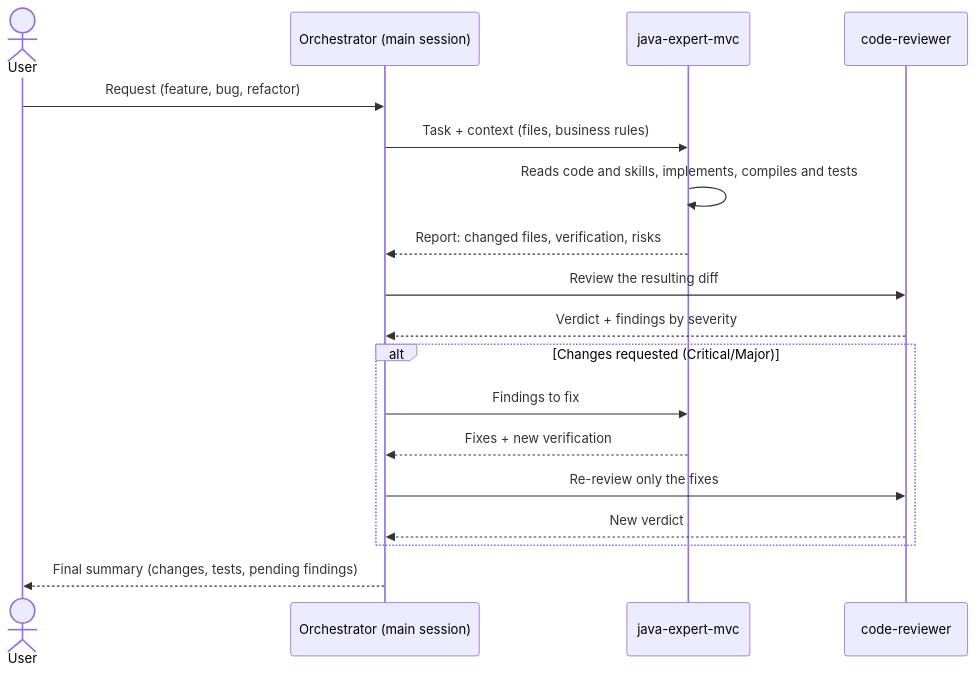
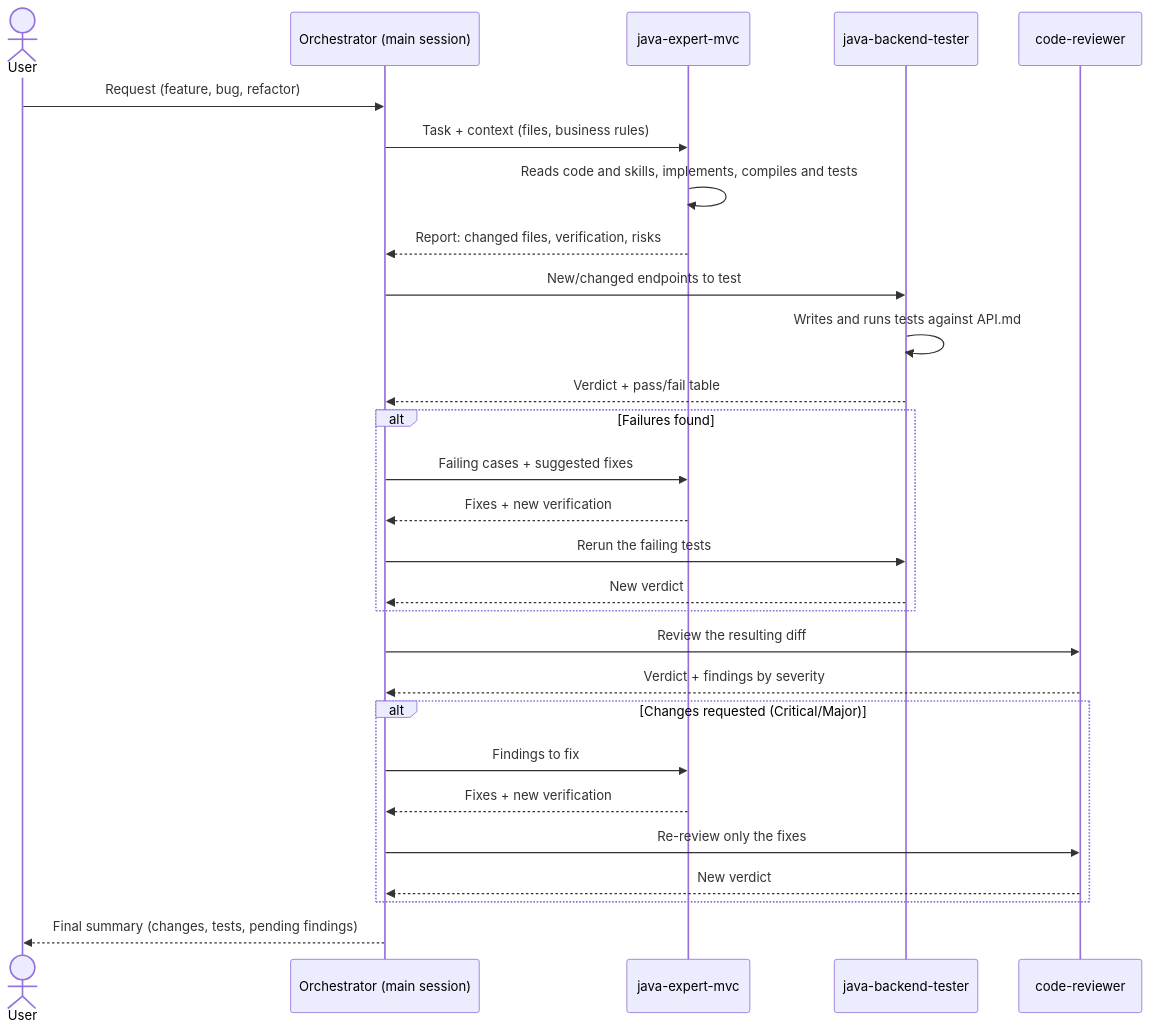
One commit to Dark-rambler/gym-flow changed the diagram in backend/ORQUESTATION.md. Above: the diagram before and after it, drawn with Mermaid. The commit also changed other lines of this file and 1 other file, not shown here.

Commit message:
updating ORQUESTATION.md and adding a new backend agent

````diff
--- a/backend/ORQUESTATION.md
+++ b/backend/ORQUESTATION.md
@@ -55,21 +74,31 @@
 ```mermaid
 sequenceDiagram
     actor U as User
     participant O as Orchestrator (main session)
     participant J as java-expert-mvc
+    participant T as java-backend-tester
     participant R as code-reviewer
 
     U->>O: Request (feature, bug, refactor)
     O->>J: Task + context (files, business rules)
     J->>J: Reads code and skills, implements, compiles and tests
     J-->>O: Report: changed files, verification, risks
+    O->>T: New/changed endpoints to test
+    T->>T: Writes and runs tests against API.md
+    T-->>O: Verdict + pass/fail table
+    alt Failures found
+        O->>J: Failing cases + suggested fixes
+        J-->>O: Fixes + new verification
+        O->>T: Rerun the failing tests
+        T-->>O: New verdict
+    end
     O->>R: Review the resulting diff
     R-->>O: Verdict + findings by severity
     alt Changes requested (Critical/Major)
         O->>J: Findings to fix
         J-->>O: Fixes + new verification
         O->>R: Re-review only the fixes
         R-->>O: New verdict
     end
     O-->>U: Final summary (changes, tests, pending findings)
 ```
````
